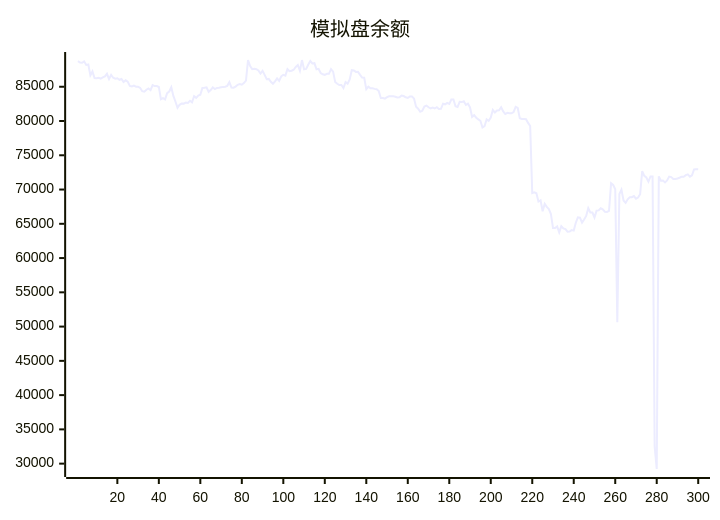
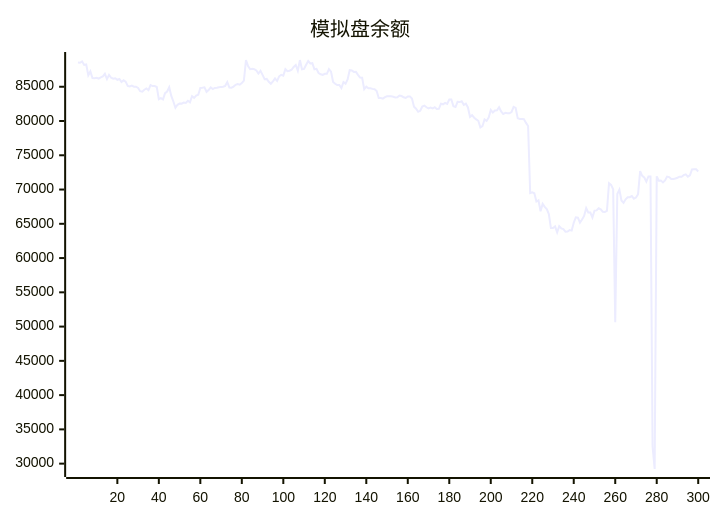
One commit to aahl/ai-trading changed the diagram in README.md. Above: the diagram before and after it, drawn with Mermaid. The commit also changed other lines of this file and 1 other file, not shown here.

````diff
--- a/README.md
+++ b/README.md
@@ -5,5 +5,5 @@
 ```mermaid
 xychart
     title "模拟盘余额"
-    line [88734,88528,88495,88705,88189,88248,86662,87234,86279,86251,86314,86177,86364,86503,86886,86114,86731,86310,86176,86240,86017,86136,85685,85938,85749,85111,85044,85164,85016,85008,84824,84354,84287,84572,84745,84500,85234,85096,85095,84970,83180,83338,83157,84070,84309,84922,83667,82850,81924,82369,82552,82539,82695,82648,82962,82728,83619,83378,83710,83825,84819,84854,84917,84265,84527,84919,84668,84834,84850,84916,84981,85004,85131,85674,84891,84864,85019,85284,85393,85294,85538,85894,88904,88012,87567,87625,87568,87386,86920,87313,86737,86094,86143,85725,85437,85787,86219,85859,86526,86740,86630,87563,87264,87335,87483,87886,88180,87335,88894,87544,87608,88207,88755,88401,88444,87543,87608,87000,86810,86740,86894,86884,87576,87209,85686,85435,85251,85255,84820,85689,85453,86066,87420,87373,87161,87178,86740,86341,86315,84643,85012,84772,84768,84690,84635,84376,83360,83357,83259,83474,83608,83606,83602,83548,83440,83454,83724,83644,83464,83365,83590,83592,83275,82072,81806,81344,81492,82109,82254,82006,81848,81955,81829,82022,81769,81776,82522,82441,82656,82498,83144,83144,82150,82038,82797,82763,82872,82367,82536,81981,80612,80862,80484,80242,80034,79063,79245,80226,80016,80507,81625,81233,81544,81578,82016,81401,81019,81186,81130,81118,81306,82066,81909,80392,80304,80291,80258,79729,79261,69466,69579,69456,68251,68415,66832,67911,67462,67144,66432,64380,64375,64606,63740,64647,64324,64216,63842,63877,64078,64008,65156,65945,65888,65157,65625,66144,67284,66653,66639,65924,66925,66956,67263,67108,66766,66729,66886,70927,70673,70049,50652,69334,69973,68400,68061,68578,68876,68879,69055,68662,68822,69329,72687,71999,71760,71162,71911,71896,32500,29218,71927,71297,71305,71044,71337,71883,71822,71536,71536,71622,71723,71880,71860,72100,72216,71887,72077,72940,72976,72966]
+    line [88528,88495,88705,88189,88248,86662,87234,86279,86251,86314,86177,86364,86503,86886,86114,86731,86310,86176,86240,86017,86136,85685,85938,85749,85111,85044,85164,85016,85008,84824,84354,84287,84572,84745,84500,85234,85096,85095,84970,83180,83338,83157,84070,84309,84922,83667,82850,81924,82369,82552,82539,82695,82648,82962,82728,83619,83378,83710,83825,84819,84854,84917,84265,84527,84919,84668,84834,84850,84916,84981,85004,85131,85674,84891,84864,85019,85284,85393,85294,85538,85894,88904,88012,87567,87625,87568,87386,86920,87313,86737,86094,86143,85725,85437,85787,86219,85859,86526,86740,86630,87563,87264,87335,87483,87886,88180,87335,88894,87544,87608,88207,88755,88401,88444,87543,87608,87000,86810,86740,86894,86884,87576,87209,85686,85435,85251,85255,84820,85689,85453,86066,87420,87373,87161,87178,86740,86341,86315,84643,85012,84772,84768,84690,84635,84376,83360,83357,83259,83474,83608,83606,83602,83548,83440,83454,83724,83644,83464,83365,83590,83592,83275,82072,81806,81344,81492,82109,82254,82006,81848,81955,81829,82022,81769,81776,82522,82441,82656,82498,83144,83144,82150,82038,82797,82763,82872,82367,82536,81981,80612,80862,80484,80242,80034,79063,79245,80226,80016,80507,81625,81233,81544,81578,82016,81401,81019,81186,81130,81118,81306,82066,81909,80392,80304,80291,80258,79729,79261,69466,69579,69456,68251,68415,66832,67911,67462,67144,66432,64380,64375,64606,63740,64647,64324,64216,63842,63877,64078,64008,65156,65945,65888,65157,65625,66144,67284,66653,66639,65924,66925,66956,67263,67108,66766,66729,66886,70927,70673,70049,50652,69334,69973,68400,68061,68578,68876,68879,69055,68662,68822,69329,72687,71999,71760,71162,71911,71896,32500,29218,71927,71297,71305,71044,71337,71883,71822,71536,71536,71622,71723,71880,71860,72100,72216,71887,72077,72940,72976,72966,72638]
 ```
````
